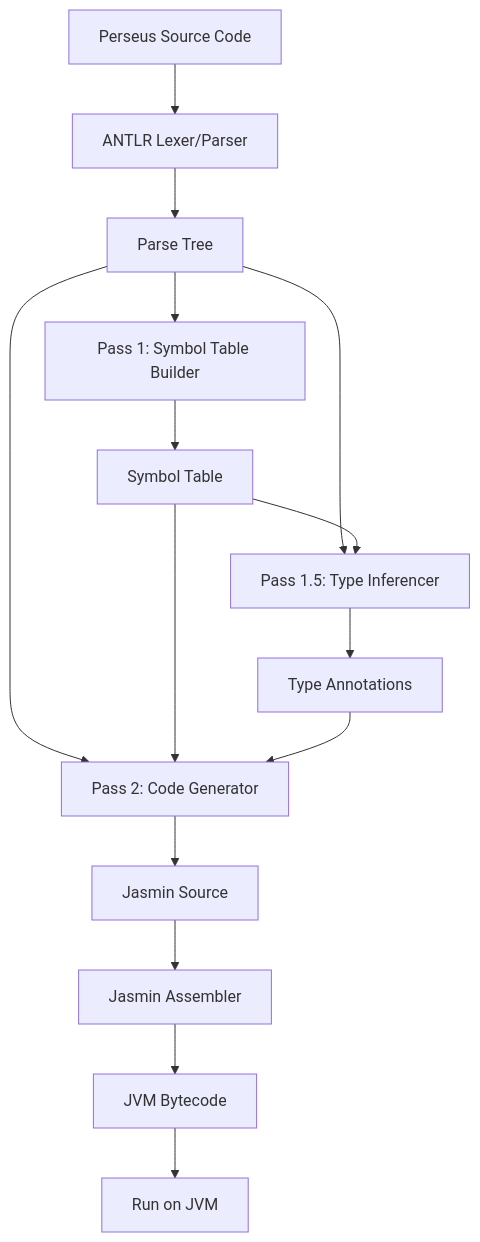
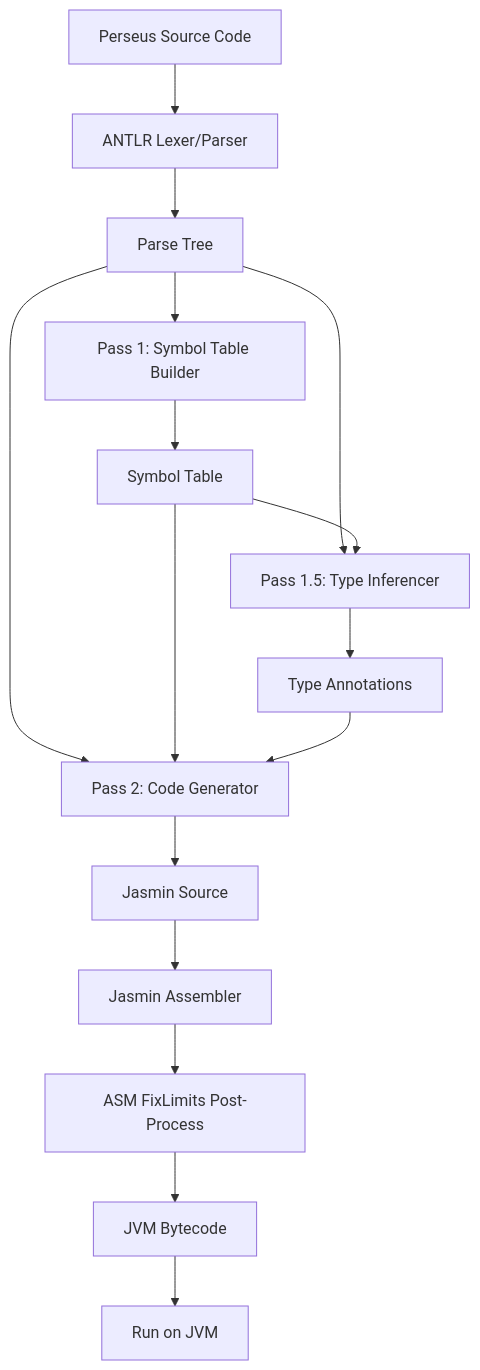
Before and after one commit to gnbonney/Perseus: the first of 3 diagrams in docs/Architecture.md, drawn with Mermaid. The commit also changed other lines of this file and 16 other files, not shown here.

````diff
--- a/docs/Architecture.md
+++ b/docs/Architecture.md
@@ -55,17 +56,18 @@
 ```mermaid
 flowchart TD
     A[Perseus Source Code] --> B[ANTLR Lexer/Parser]
     B --> C[Parse Tree]
     C --> D[Pass 1: Symbol Table Builder]
     D --> E[Symbol Table]
     C --> F[Pass 1.5: Type Inferencer]
     E --> F
     F --> G[Type Annotations]
     C --> H[Pass 2: Code Generator]
     E --> H
     G --> H
     H --> I[Jasmin Source]
     I --> J[Jasmin Assembler]
-    J --> K[JVM Bytecode]
-    K --> L[Run on JVM]
+    J --> K[ASM FixLimits Post-Process]
+    K --> L[JVM Bytecode]
+    L --> M[Run on JVM]
 ```
````
